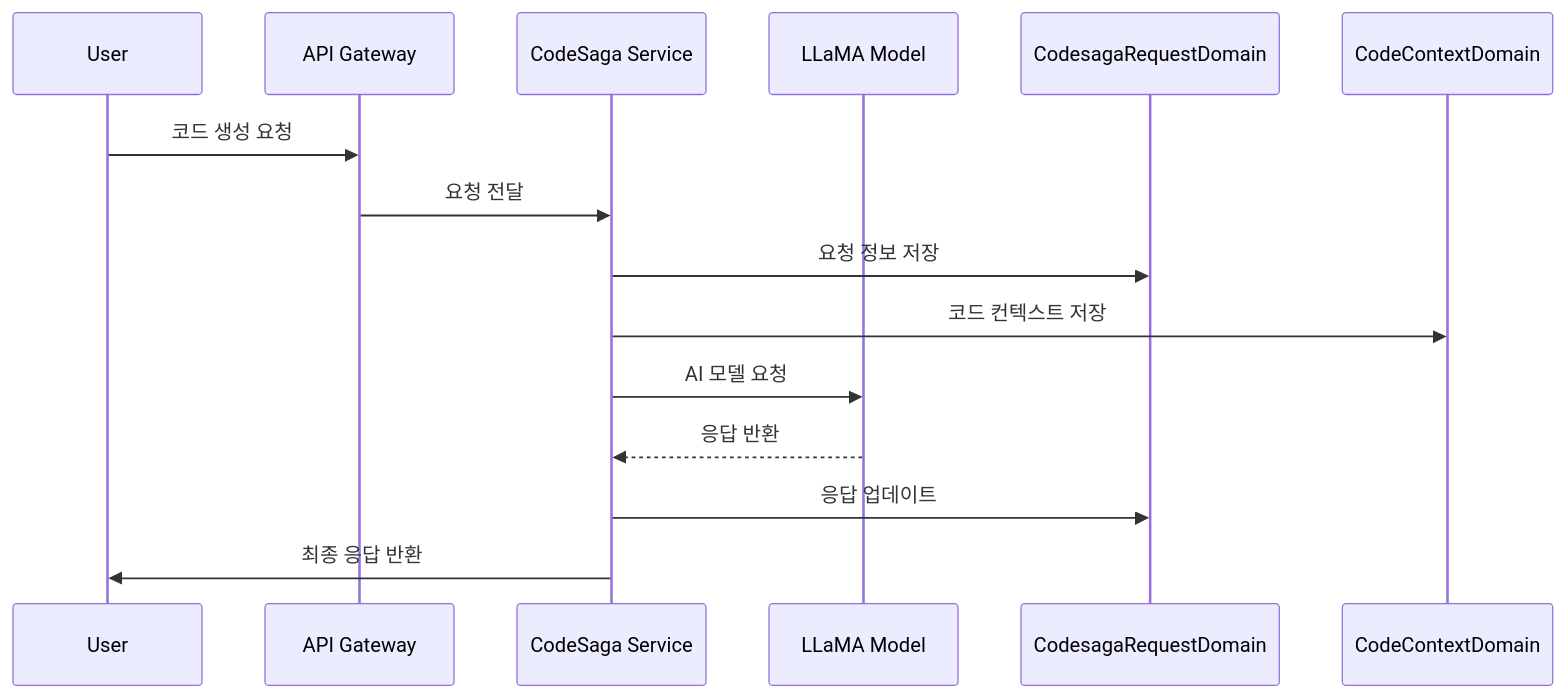
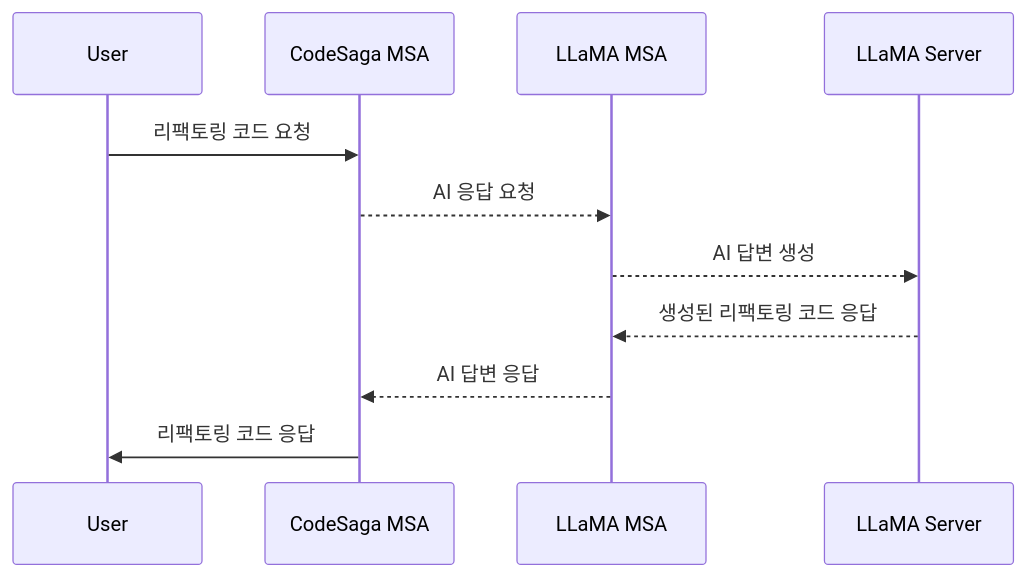
Before and after one commit to devonyou/codesaga: the first of 2 diagrams in README.md, drawn with Mermaid. The commit also changed other lines of this file, not shown here.

````diff
--- a/README.md
+++ b/README.md
@@ -132,16 +69,14 @@
 ```mermaid
 sequenceDiagram
     participant User
-    participant API Gateway
-    participant CodeSaga Service
-    participant LLaMA Model
+    participant CodeSaga MSA
+    participant LLaMA MSA
+    participant LLaMA Server
 
-    User->>API Gateway: 코드 생성 요청
-    API Gateway->>CodeSaga Service: 요청 전달
-    CodeSaga Service->>CodesagaRequestDomain: 요청 정보 저장
-    CodeSaga Service->>CodeContextDomain: 코드 컨텍스트 저장
-    CodeSaga Service->>LLaMA Model: AI 모델 요청
-    LLaMA Model-->>CodeSaga Service: 응답 반환
-    CodeSaga Service->>CodesagaRequestDomain: 응답 업데이트
-    CodeSaga Service->>User: 최종 응답 반환
+    User->>CodeSaga MSA: 리팩토링 코드 요청
+    CodeSaga MSA-->>LLaMA MSA: AI 응답 요청
+    LLaMA MSA-->>LLaMA Server: AI 답변 생성
+    LLaMA Server-->>LLaMA MSA: 생성된 리팩토링 코드 응답
+    LLaMA MSA-->>CodeSaga MSA: AI 답변 응답
+    CodeSaga MSA->>User: 리팩토링 코드 응답
 ```
````
